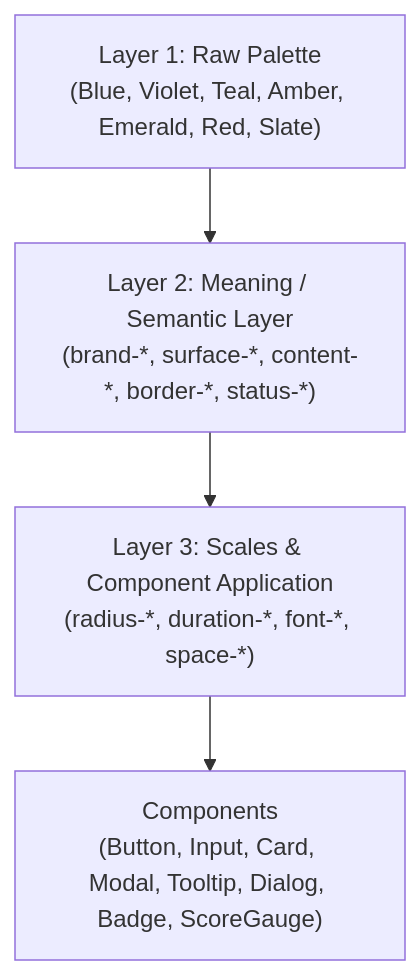
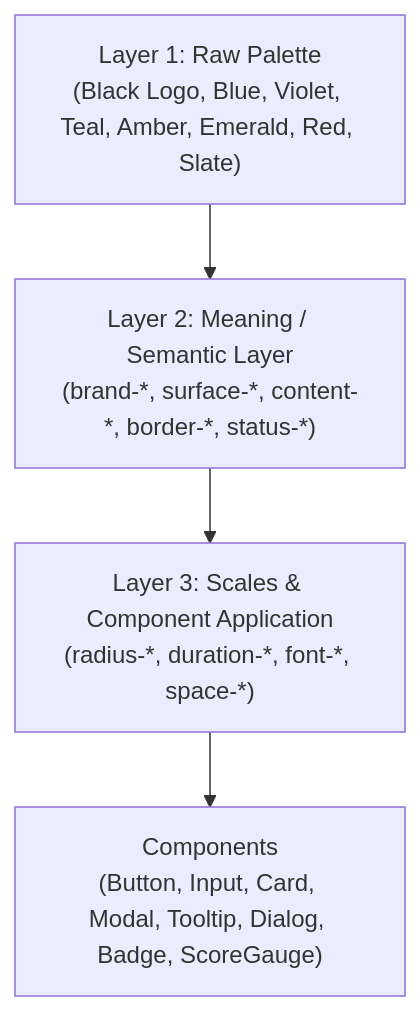
Before and after one commit to KALYAN17408/RESUME: the diagram in docs/DESIGN_SYSTEM.md, drawn with Mermaid. The commit also changed other lines of this file and 25 other files, not shown here.

````diff
--- a/docs/DESIGN_SYSTEM.md
+++ b/docs/DESIGN_SYSTEM.md
@@ -14,6 +15,6 @@
 ```mermaid
 flowchart TD
-    A["Layer 1: Raw Palette<br/>(Blue, Violet, Teal, Amber, Emerald, Red, Slate)"] --> B["Layer 2: Meaning / Semantic Layer<br/>(brand-*, surface-*, content-*, border-*, status-*)"]
+    A["Layer 1: Raw Palette<br/>(Black Logo, Blue, Violet, Teal, Amber, Emerald, Red, Slate)"] --> B["Layer 2: Meaning / Semantic Layer<br/>(brand-*, surface-*, content-*, border-*, status-*)"]
     B --> C["Layer 3: Scales & Component Application<br/>(radius-*, duration-*, font-*, space-*)"]
     C --> D["Components<br/>(Button, Input, Card, Modal, Tooltip, Dialog, Badge, ScoreGauge)"]
 ```
````
